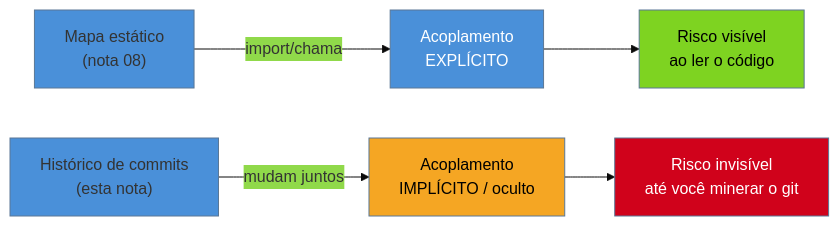
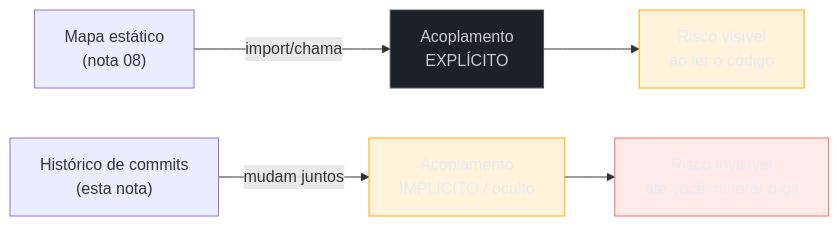
One commit to josenaldo/codex-technomanticus changed the second of 2 diagrams in 03-Dominios/Engenharia/Arqueologia e Restauração de Software/09 - Forense de software.md. Above: the diagram before and after it, drawn with Mermaid. The commit also changed other lines of this file and 1181 other files, not shown here.

First line of the commit message:
fix(diagramas): paleta do sistema no lugar de cor cravada no markdown

````diff
--- a/03-Dominios/Engenharia/Arqueologia e Restauração de Software/09 - Forense de software.md
+++ b/03-Dominios/Engenharia/Arqueologia e Restauração de Software/09 - Forense de software.md
@@ -77,12 +76,14 @@
 ```mermaid
-%%{init: {"theme": "base", "themeVariables": {"primaryColor": "#4A90D9"}}}%%
 graph LR
+    classDef neutro fill:#1B2029,stroke:#4E5666,color:#C6CCD8
+    classDef destaque fill:#FFAA0024,stroke:#FFAA00,color:#E9ECF2
+    classDef falha fill:#FF6B6B24,stroke:#FF6B6B,color:#E9ECF2
     A["Mapa estático<br/>(nota 08)"] -->|"import/chama"| B["Acoplamento<br/>EXPLÍCITO"]
     C["Histórico de commits<br/>(esta nota)"] -->|"mudam juntos"| D["Acoplamento<br/>IMPLÍCITO / oculto"]
     B --> E["Risco visível<br/>ao ler o código"]
     D --> F["Risco invisível<br/>até você minerar o git"]
-    style B fill:#4A90D9,color:#fff
-    style D fill:#F5A623,color:#000
-    style E fill:#7ED321,color:#000
-    style F fill:#D0021B,color:#fff
+    class B neutro
+    class D destaque
+    class E destaque
+    class F falha
 ```
````
